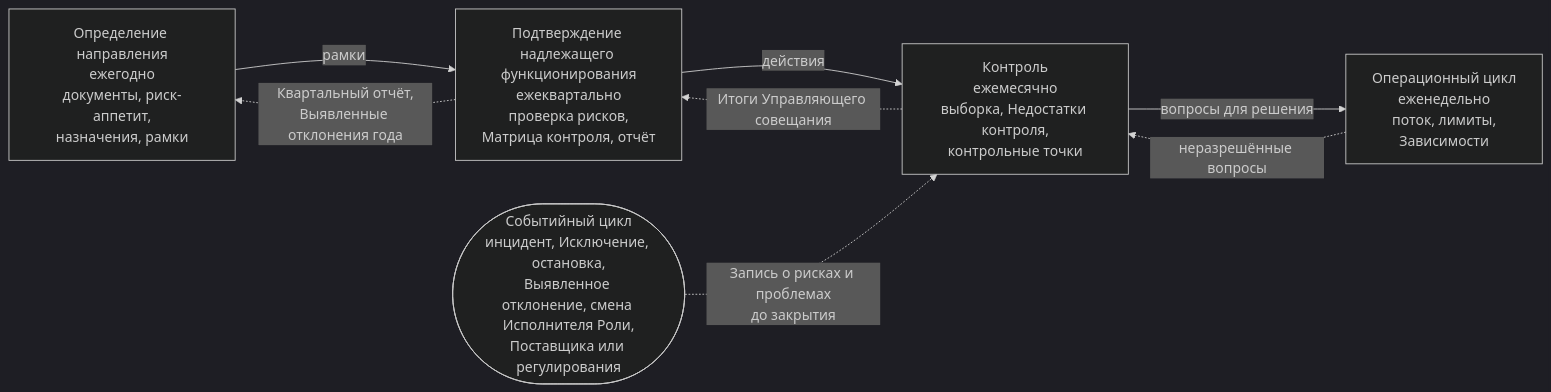
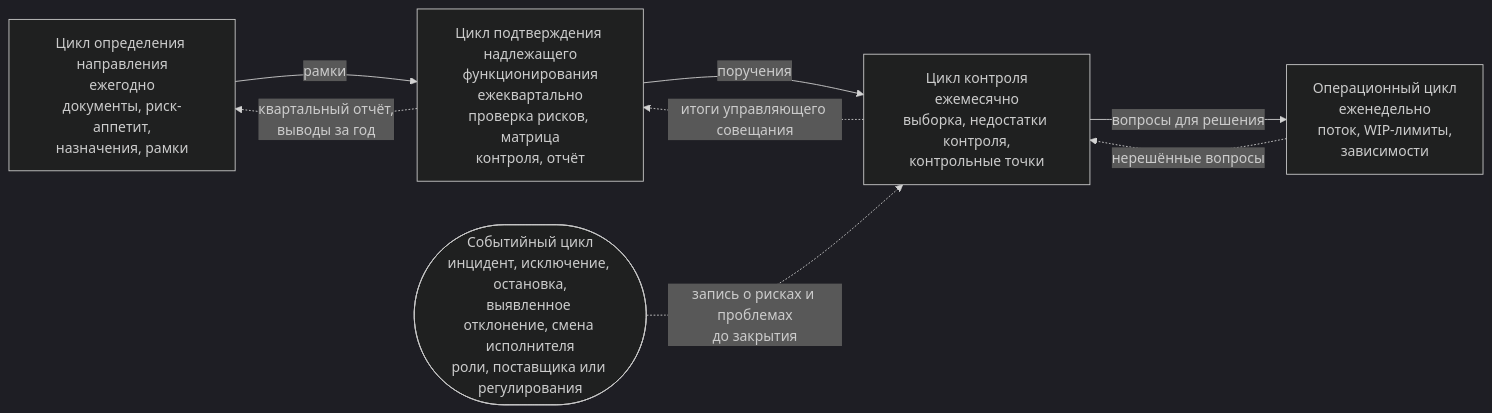
One commit to devhogu/ob-aicc changed the diagram in portal/content/ru/governance/the-control-loops.md. Above: the diagram before and after it, drawn with Mermaid (dark theme). The commit also changed other lines of this file and 18 other files, not shown here.

````diff
--- a/portal/content/ru/governance/the-control-loops.md
+++ b/portal/content/ru/governance/the-control-loops.md
@@ -25,10 +25,10 @@
 ```mermaid
 flowchart LR
-  Y["Определение направления<br/>ежегодно<br/>документы, риск-аппетит,<br/>назначения, рамки"] -->|"рамки"| Q["Подтверждение надлежащего функционирования<br/>ежеквартально<br/>проверка рисков,<br/>Матрица контроля, отчёт"]
-  Q -->|"действия"| M["Контроль<br/>ежемесячно<br/>выборка, Недостатки контроля,<br/>контрольные точки"]
-  M -->|"вопросы для решения"| W["Операционный цикл<br/>еженедельно<br/>поток, лимиты,<br/>Зависимости"]
-  W -.->|"неразрешённые вопросы"| M
-  M -.->|"Итоги Управляющего совещания"| Q
-  Q -.->|"Квартальный отчёт,<br/>Выявленные отклонения года"| Y
-  E(["Событийный цикл<br/>инцидент, Исключение, остановка,<br/>Выявленное отклонение, смена Исполнителя Роли,<br/>Поставщика или регулирования"]) -.->|"Запись о рисках и проблемах<br/>до закрытия"| M
+  Y["Цикл определения направления<br/>ежегодно<br/>документы, риск-аппетит,<br/>назначения, рамки"] -->|"рамки"| Q["Цикл подтверждения надлежащего<br/>функционирования<br/>ежеквартально<br/>проверка рисков, матрица<br/>контроля, отчёт"]
+  Q -->|"поручения"| M["Цикл контроля<br/>ежемесячно<br/>выборка, недостатки контроля,<br/>контрольные точки"]
+  M -->|"вопросы для решения"| W["Операционный цикл<br/>еженедельно<br/>поток, WIP-лимиты,<br/>зависимости"]
+  W -.->|"нерешённые вопросы"| M
+  M -.->|"итоги управляющего совещания"| Q
+  Q -.->|"квартальный отчёт,<br/>выводы за год"| Y
+  E(["Событийный цикл<br/>инцидент, исключение, остановка,<br/>выявленное отклонение, смена исполнителя<br/>роли, поставщика или регулирования"]) -.->|"запись о рисках и проблемах<br/>до закрытия"| M
 ```
````
